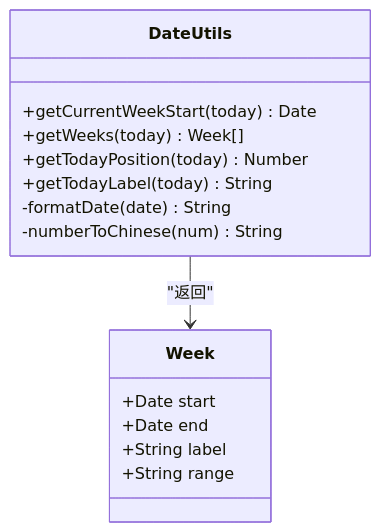
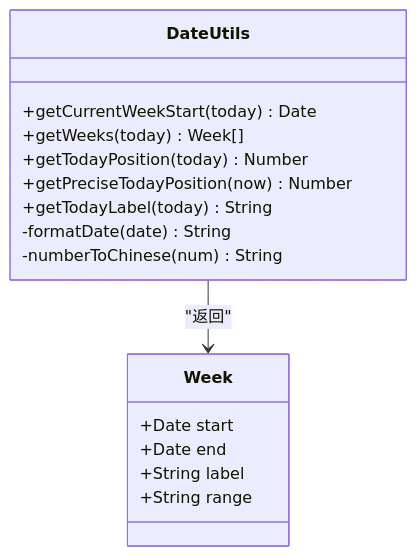
The sixth of 12 diagrams in .qoder/repowiki/zh/content/核心组件/GameCalendar 主容器组件.md (xuanyulingnfeg/gameCalendar), drawn with Mermaid before and after one commit. The commit also changed other lines of this file and 7 other files, not shown here.

````diff
--- a/.qoder/repowiki/zh/content/核心组件/GameCalendar 主容器组件.md
+++ b/.qoder/repowiki/zh/content/核心组件/GameCalendar 主容器组件.md
@@ -158,18 +255,19 @@
 ```mermaid
 classDiagram
 class DateUtils {
 +getCurrentWeekStart(today) Date
 +getWeeks(today) Week[]
 +getTodayPosition(today) Number
++getPreciseTodayPosition(now) Number
 +getTodayLabel(today) String
 -formatDate(date) String
 -numberToChinese(num) String
 }
 class Week {
 +Date start
 +Date end
 +String label
 +String range
 }
 DateUtils --> Week : "返回"
 ```
````
